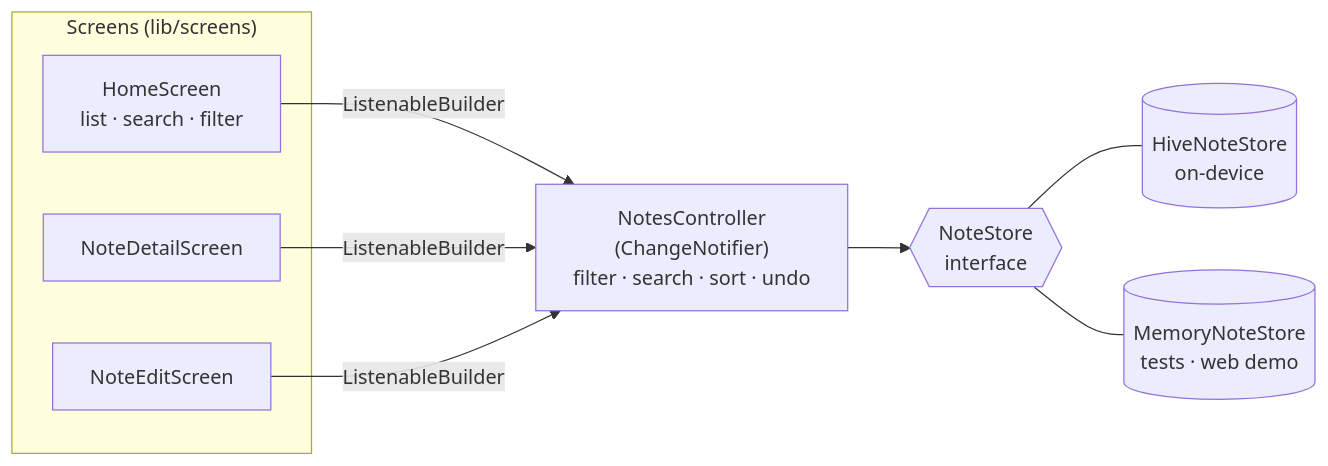
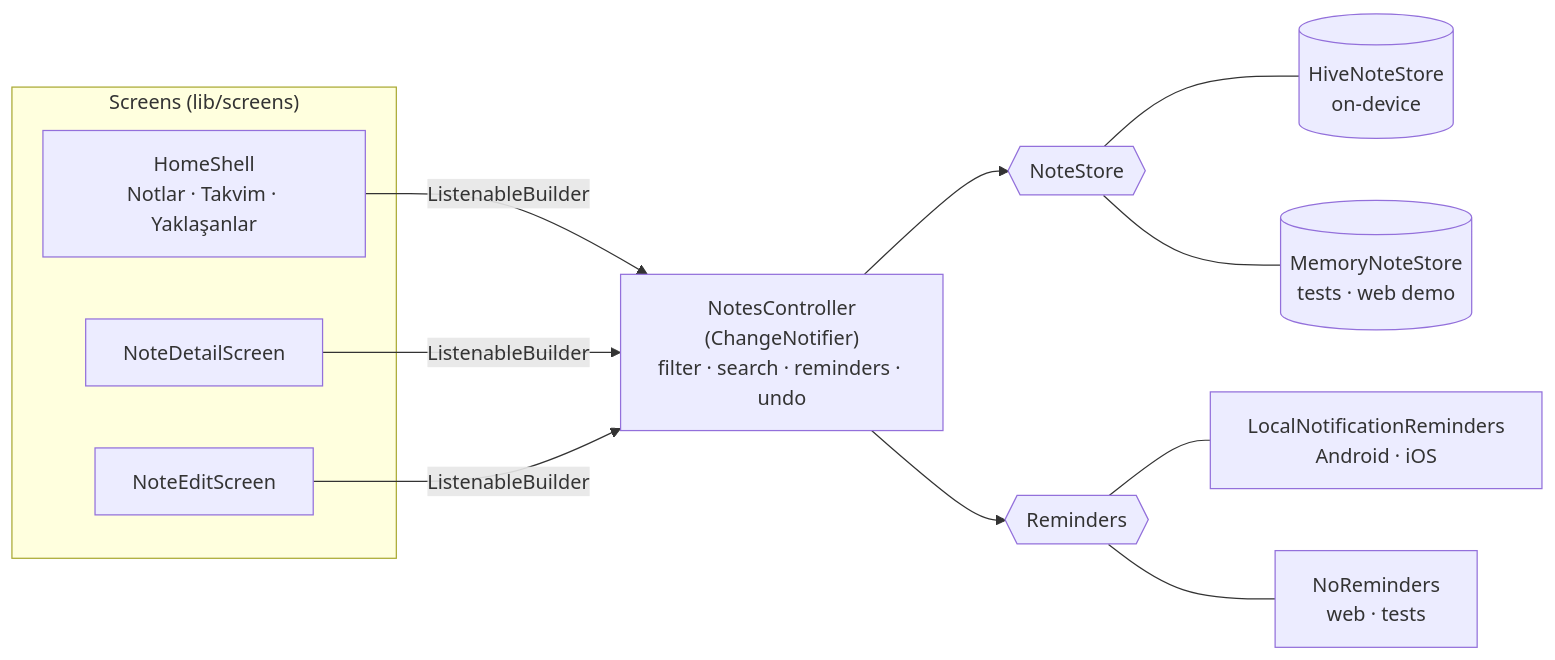
Before and after one commit to sayko89/UNIDEV---Mobile-Notes-App: the diagram in README.md, drawn with Mermaid. The commit also changed other lines of this file and 4 other files, not shown here.

````diff
--- a/README.md
+++ b/README.md
@@ -120,16 +150,22 @@
 ```mermaid
 flowchart LR
     subgraph UI["Screens (lib/screens)"]
-        H[HomeScreen<br>list · search · filter]
+        H[HomeShell<br>Notlar · Takvim · Yaklaşanlar]
         D[NoteDetailScreen]
         E[NoteEditScreen]
     end
-    C["NotesController<br>(ChangeNotifier)<br>filter · search · sort · undo"]
-    S{{"NoteStore<br>interface"}}
+    C["NotesController<br>(ChangeNotifier)<br>filter · search · reminders · undo"]
+    S{{"NoteStore"}}
+    R{{"Reminders"}}
     HV[(HiveNoteStore<br>on-device)]
     M[(MemoryNoteStore<br>tests · web demo)]
+    LN[LocalNotificationReminders<br>Android · iOS]
+    NR[NoReminders<br>web · tests]
     H & D & E -- "ListenableBuilder" --> C
     C --> S
+    C --> R
     S --- HV
     S --- M
+    R --- LN
+    R --- NR
 ```
````
